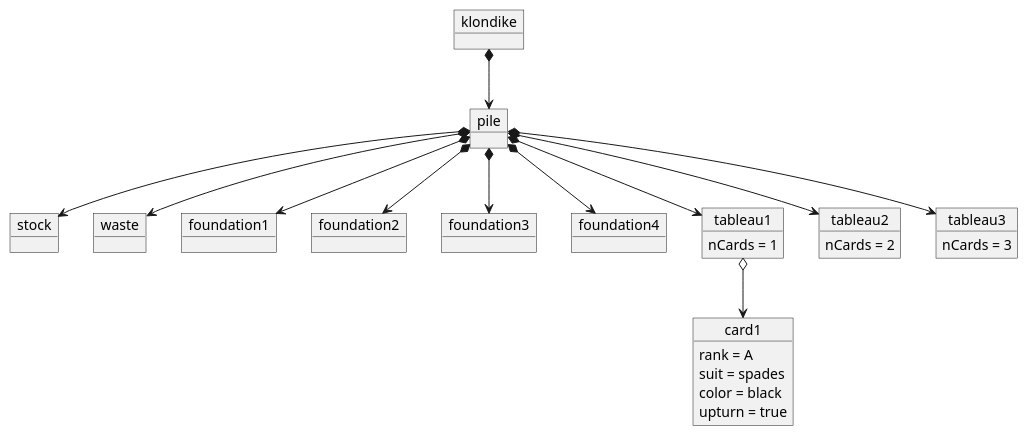
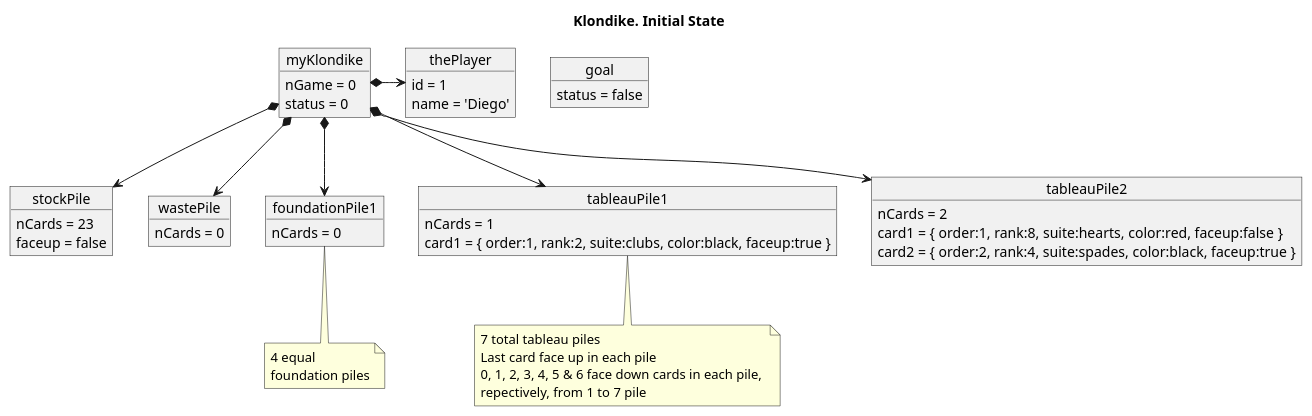
The diagram in tech-plantuml/game-klondike/semanaActual/docs/klondike--initial-state.puml (USantaTecla-ed-mpds/lab-boole), drawn with PlantUML before and after one commit. The commit also changed 2 other files, not shown here.

Commit message:
Klondike: Update Vocabulary, Initial & Final State

```diff
--- a/tech-plantuml/game-klondike/semanaActual/docs/klondike--initial-state.puml
+++ b/tech-plantuml/game-klondike/semanaActual/docs/klondike--initial-state.puml
@@ -1,50 +1,68 @@
-@startuml
+@startuml klondike--initial-state
 
-object klondike
-object pile
-object stock
-object waste
-object foundation1
-object foundation2
-object foundation3
-object foundation4
+title Klondike. Initial State
 
-object tableau1
-object tableau2
-object tableau3
-
-object card1 {
-    rank = A
-    suit = spades
-    color = black
-    upturn = true
+object myKlondike {
+    nGame = 0
+    status = 0
 }
 
-object tableau1 {
-    nCards = 1
+object goal {
+    status = false
 }
 
-object tableau2 {
-    nCards = 2
+object thePlayer {
+    id = 1
+    name = 'Diego'
 }
 
-object tableau3 {
-    nCards = 3
+object stockPile
+object wastePile
+
+object stockPile {
+    nCards = 23
+    faceup = false
+}
+object wastePile {
+    nCards = 0
+}
+object foundationPile1 {
+    nCards = 0
+}
+note bottom of foundationPile1
+    4 equal 
+    foundation piles
+end note
+
+object tableauPile1
+note bottom of tableauPile1
+    7 total tableau piles
+    Last card face up in each pile
+    0, 1, 2, 3, 4, 5 & 6 face down cards in each pile, 
+    repectively, from 1 to 7 pile
+end note
+
+object tableauPile2
+
+object tableauPile1 {
+    nCards = 1
+    card1 = { order:1, rank:2, suite:clubs, color:black, faceup:true }
+}
+object tableauPile2 {
+    nCards = 2
+    card1 = { order:1, rank:8, suite:hearts, color:red, faceup:false }
+    card2 = { order:2, rank:4, suite:spades, color:black, faceup:true }
 }
 
-klondike *--> pile
-pile *--> stock
-pile *--> waste
 
-pile *--> foundation1
-pile *--> foundation2
-pile *--> foundation3
-pile *--> foundation4
 
-pile *--> tableau1
-pile *--> tableau2
-pile *--> tableau3
-tableau1 o--> card1
+myKlondike *-> thePlayer
+myKlondike *--> stockPile
+myKlondike *--> wastePile
+myKlondike *--> foundationPile1
+myKlondike *--> tableauPile1
+myKlondike *--> tableauPile2
+
 
 
 @enduml
```
